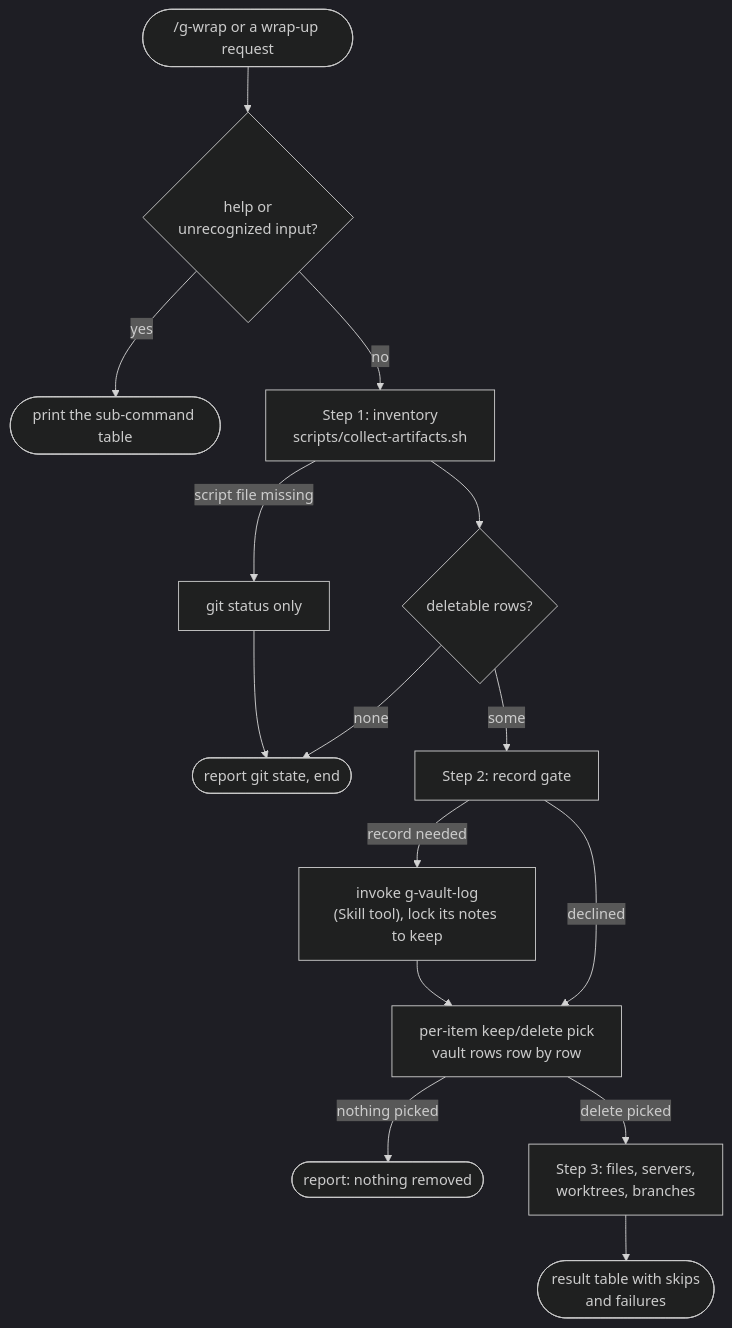
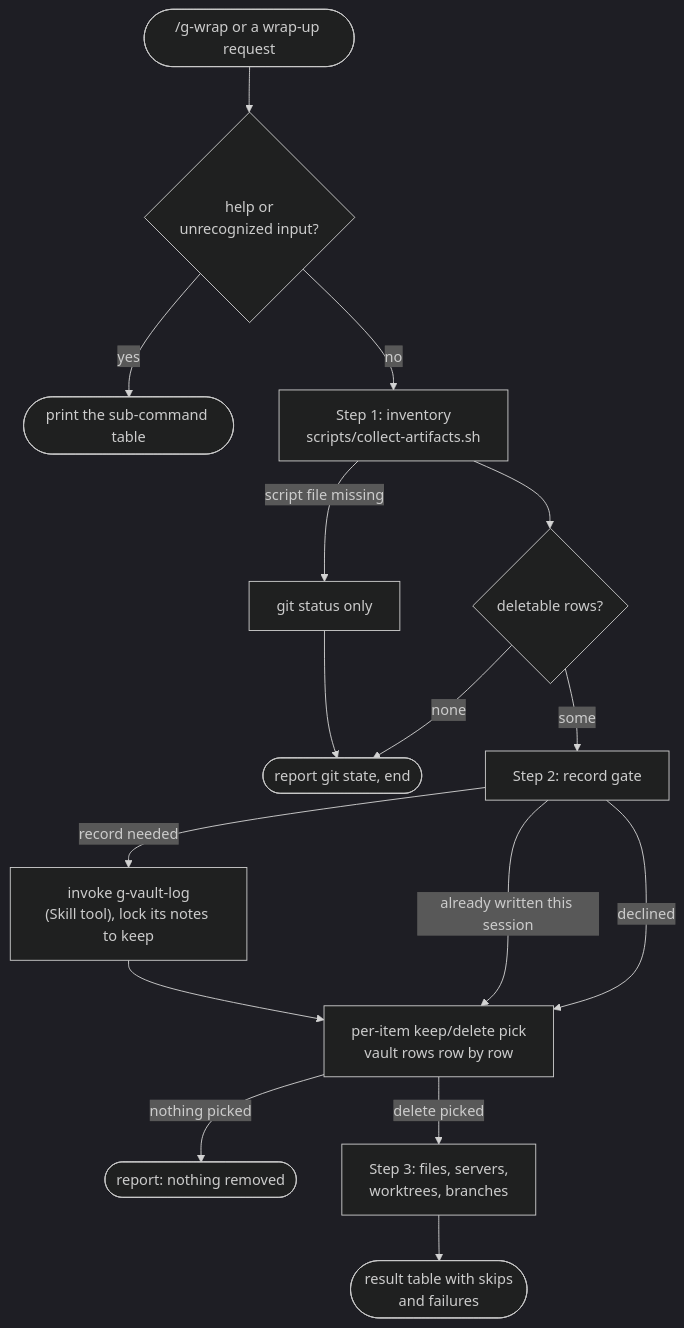
The diagram in claude/skills/g-wrap/SKILL.md (gloriaJun/grimoire), drawn with Mermaid (dark theme) before and after one commit. The commit also changed 2 other files, not shown here.

Commit message:
fix: handle already-recorded and cross-session vault rows
Skip the record question when g-vault-log already ran this session and
lock its written paths to keep. Downgrade vault rows this conversation
never wrote to report-only so another session's notes cannot be picked
for deletion.

````diff
--- a/claude/skills/g-wrap/SKILL.md
+++ b/claude/skills/g-wrap/SKILL.md
@@ -18,21 +18,22 @@
 ```mermaid
 flowchart TD
     A(["/g-wrap or a wrap-up request"]) --> H{"help or
 unrecognized input?"}
     H -- yes --> HT(["print the sub-command table"])
     H -- no --> B["Step 1: inventory
 scripts/collect-artifacts.sh"]
     B -- script file missing --> FB["git status only"] --> Z
     B --> D{"deletable rows?"}
     D -- none --> Z(["report git state, end"])
     D -- some --> E["Step 2: record gate"]
     E -- record needed --> V["invoke g-vault-log
 (Skill tool), lock its notes to keep"] --> P
+    E -- already written this session --> P
     E -- declined --> P["per-item keep/delete pick
 vault rows row by row"]
     P -- nothing picked --> Z2(["report: nothing removed"])
     P -- delete picked --> G["Step 3: files, servers,
 worktrees, branches"]
     G --> Z3(["result table with skips
 and failures"])
 ```
````
